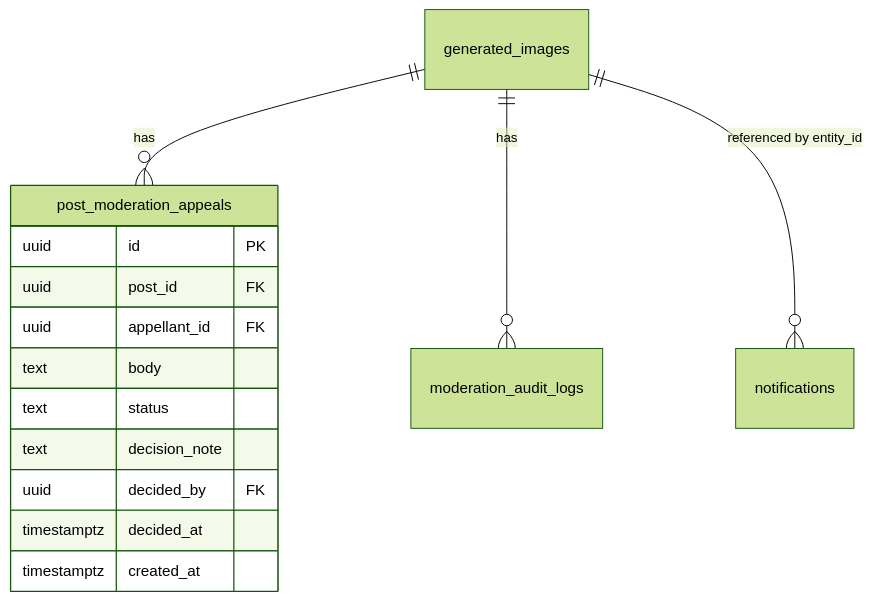
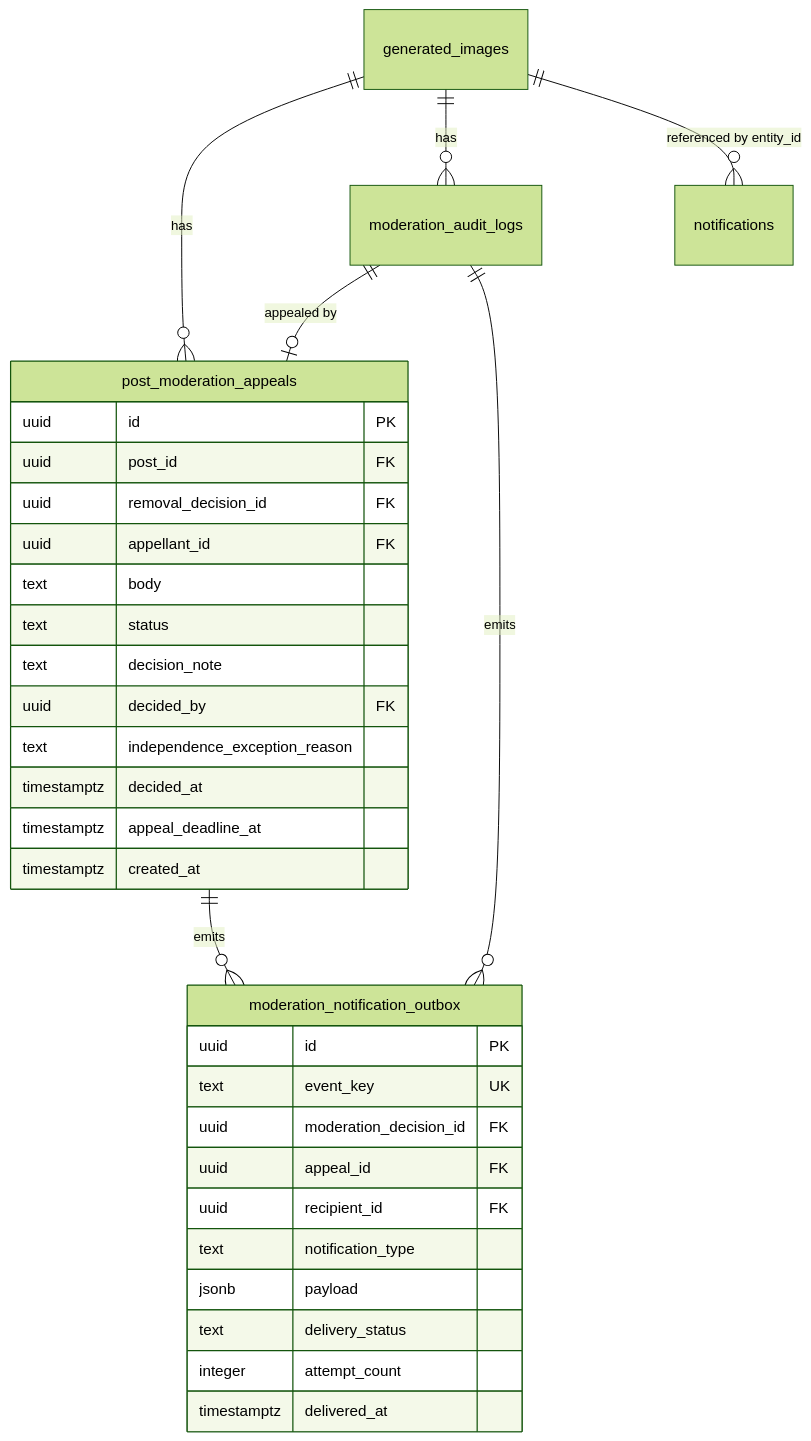
Before and after one commit to 3balljugglerYu/ai_coordinate: the fourth of 5 diagrams in docs/planning/post-moderation-notification-implementation-plan.md, drawn with Mermaid (forest theme). The commit also changed other lines of this file, not shown here.

Commit message:
docs: harden post moderation notification plan

````diff
--- a/docs/planning/post-moderation-notification-implementation-plan.md
+++ b/docs/planning/post-moderation-notification-implementation-plan.md
@@ -154,17 +172,35 @@
 ```mermaid
 erDiagram
     generated_images ||--o{ post_moderation_appeals : "has"
     generated_images ||--o{ moderation_audit_logs : "has"
+    moderation_audit_logs ||--o| post_moderation_appeals : "appealed by"
+    moderation_audit_logs ||--o{ moderation_notification_outbox : "emits"
+    post_moderation_appeals ||--o{ moderation_notification_outbox : "emits"
     generated_images ||--o{ notifications : "referenced by entity_id"
     post_moderation_appeals {
         uuid id PK
         uuid post_id FK
+        uuid removal_decision_id FK
         uuid appellant_id FK
         text body
         text status
         text decision_note
         uuid decided_by FK
+        text independence_exception_reason
         timestamptz decided_at
+        timestamptz appeal_deadline_at
         timestamptz created_at
     }
+    moderation_notification_outbox {
+        uuid id PK
+        text event_key UK
+        uuid moderation_decision_id FK
+        uuid appeal_id FK
+        uuid recipient_id FK
+        text notification_type
+        jsonb payload
+        text delivery_status
+        integer attempt_count
+        timestamptz delivered_at
+    }
 ```
````
